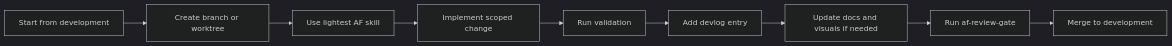
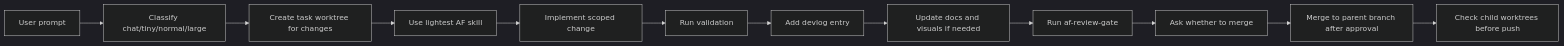
Before and after one commit to miketaheny/codex-setup: the diagram in docs/USER-GUIDE.md, drawn with Mermaid (dark theme). The commit also changed other lines of this file and 38 other files, not shown here.

Commit message:
feat: add agent-flow lifecycle enforcement

````diff
--- a/docs/USER-GUIDE.md
+++ b/docs/USER-GUIDE.md
@@ -51,11 +64,14 @@
 ```mermaid
 flowchart LR
-    Start["Start from development"] --> Branch["Create branch or worktree"]
+    Prompt["User prompt"] --> Classify["Classify chat/tiny/normal/large"]
+    Classify --> Branch["Create task worktree for changes"]
     Branch --> Skill["Use lightest AF skill"]
     Skill --> Change["Implement scoped change"]
     Change --> Validate["Run validation"]
     Validate --> Devlog["Add devlog entry"]
     Devlog --> Docs["Update docs and visuals if needed"]
     Docs --> Review["Run af-review-gate"]
-    Review --> Merge["Merge to development"]
+    Review --> Ask["Ask whether to merge"]
+    Ask --> Merge["Merge to parent branch after approval"]
+    Merge --> PushCheck["Check child worktrees before push"]
 ```
````
